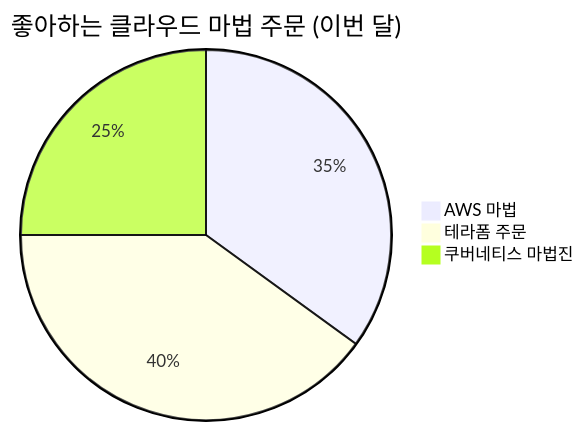
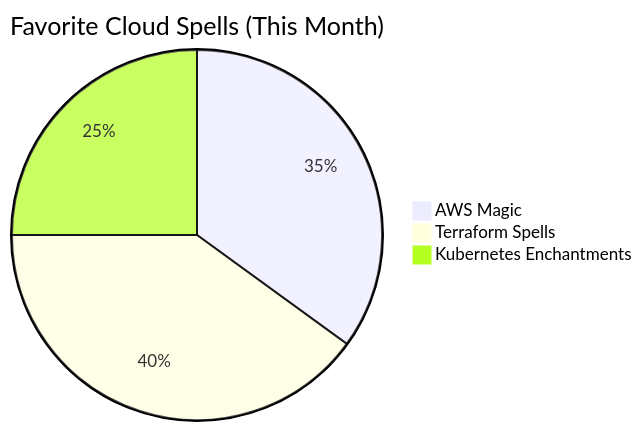
One commit to shashax42/shashax42 changed the diagram in README.md. Above: the diagram before and after it, drawn with Mermaid. The commit also changed other lines of this file, not shown here.

````diff
--- a/README.md
+++ b/README.md
@@ -73,6 +73,6 @@
 ```mermaid
-pie title 좋아하는 클라우드 마법 주문 (이번 달)
-    "AWS 마법" : 35
-    "테라폼 주문" : 40
-    "쿠버네티스 마법진" : 25
+pie title Favorite Cloud Spells (This Month)
+    "AWS Magic" : 35
+    "Terraform Spells" : 40
+    "Kubernetes Enchantments" : 25
 ```
````
